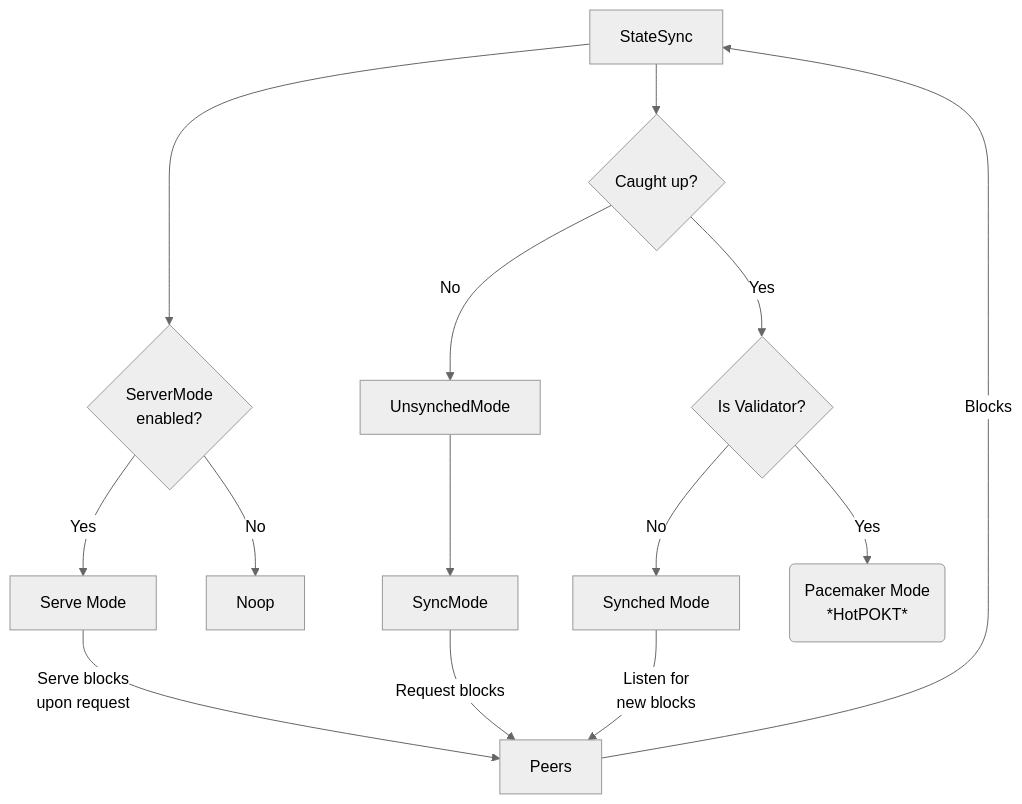
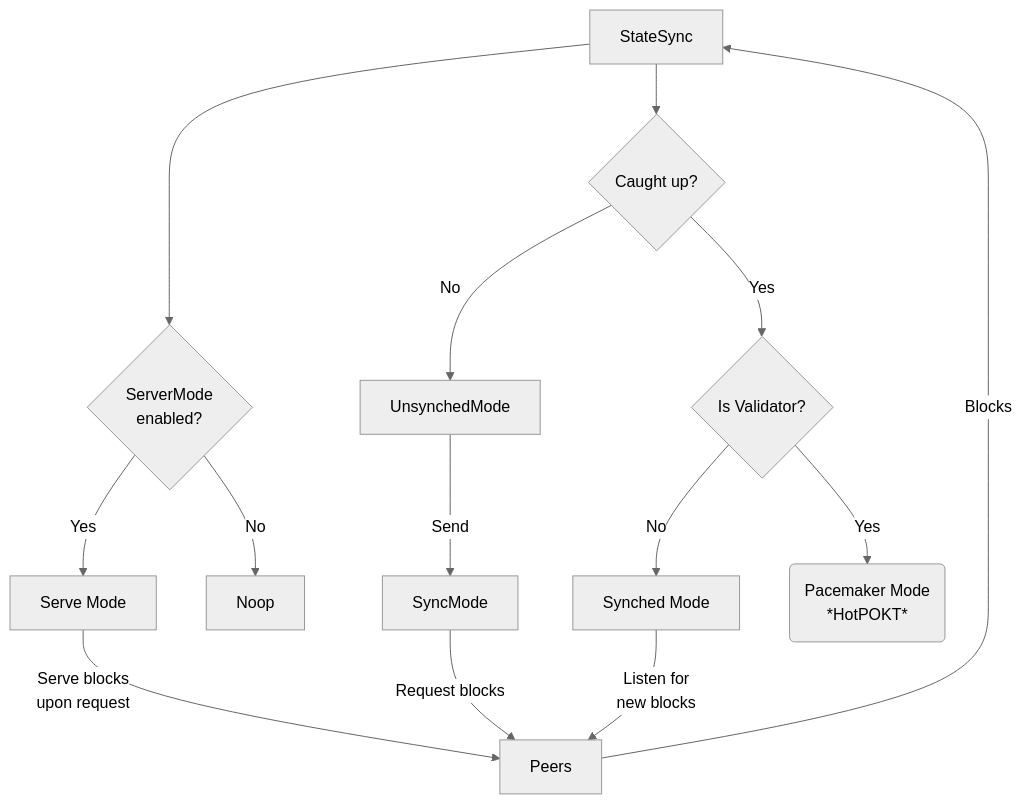
One commit to pokt-network/pocket changed the third of 5 diagrams in consensus/doc/PROTOCOL_STATE_SYNC.md. Above: the diagram before and after it, drawn with Mermaid (neutral theme). The commit also changed other lines of this file, not shown here.

````diff
--- a/consensus/doc/PROTOCOL_STATE_SYNC.md
+++ b/consensus/doc/PROTOCOL_STATE_SYNC.md
@@ -178,26 +178,26 @@
 ```mermaid
 flowchart TD
     A[StateSync] --> B{Caught up?}
     A[StateSync] --> P{ServerMode <br> enabled?}
 
     %% Is serving peers?
     P --> |Yes| Q[Serve Mode]
     P --> |No| R[Noop]
     Q --> |Serve blocks<br>upon request| Z[Peers]
 
     %% Is caught up?
     B --> |Yes| C{Is Validator?}
     B --> |No| E[UnsynchedMode]
-    E --> D[SyncMode]
+    E --> |Send | D[SyncMode]
 
     %% Synching
     D --> |Request blocks| Z[Peers]
 
     %% Is a validator?
     C --> |No| F[Synched Mode]
     C --> |Yes| G(Pacemaker Mode<br>*HotPOKT*)
     F --> |Listen for<br>new blocks| Z[Peers]
 
     %% Loop back
     Z[Peers] --> |Blocks| A[StateSync]
 ```
````
